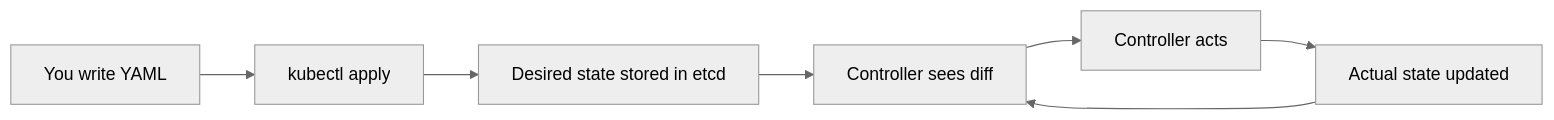
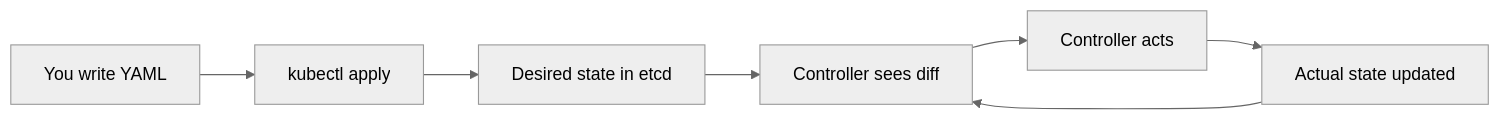
Before and after one commit to mortenoh/fastapi-k8s: the first of 9 diagrams in slides.md, drawn with Mermaid (neutral theme). The commit also changed other lines of this file, not shown here.

````diff
--- a/slides.md
+++ b/slides.md
@@ -118,9 +138,9 @@
 ```mermaid
 graph LR
     A[You write YAML] --> B[kubectl apply]
-    B --> C[Desired state stored in etcd]
+    B --> C[Desired state in etcd]
     C --> D[Controller sees diff]
     D --> E[Controller acts]
     E --> F[Actual state updated]
     F --> D
 ```
````
